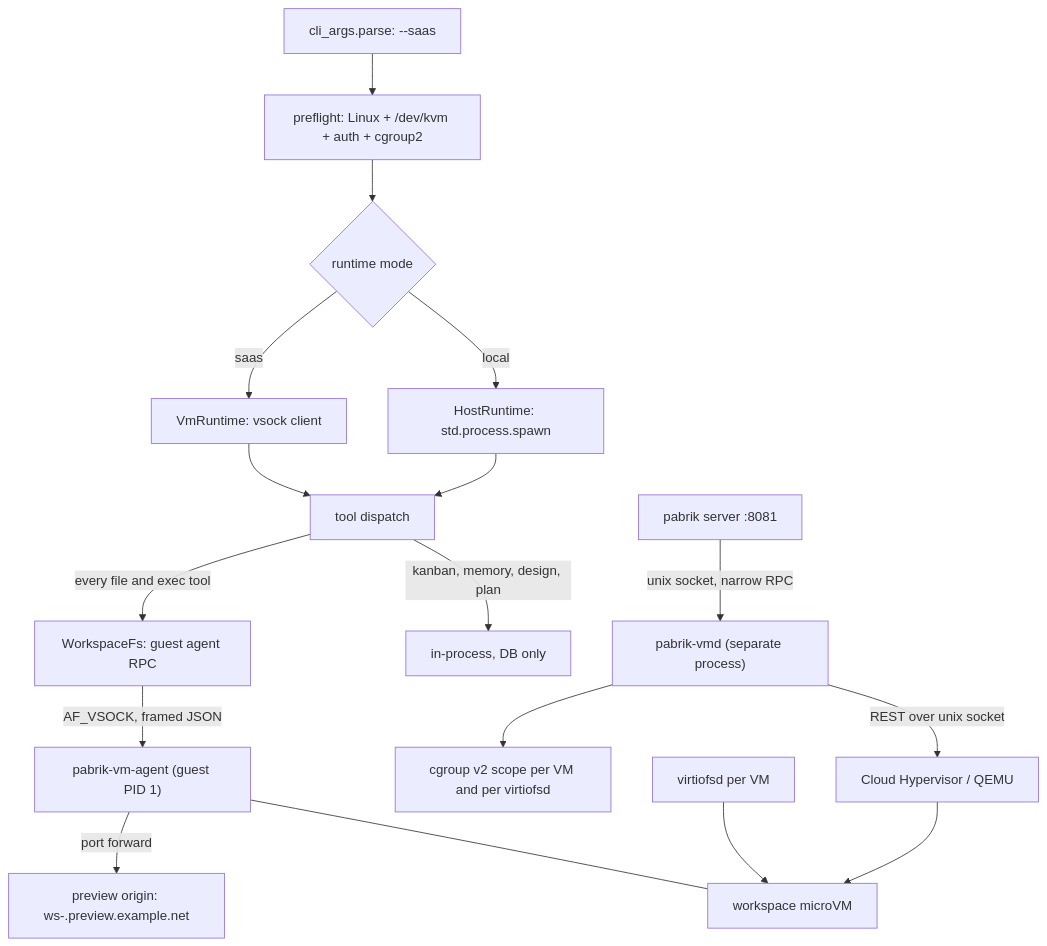
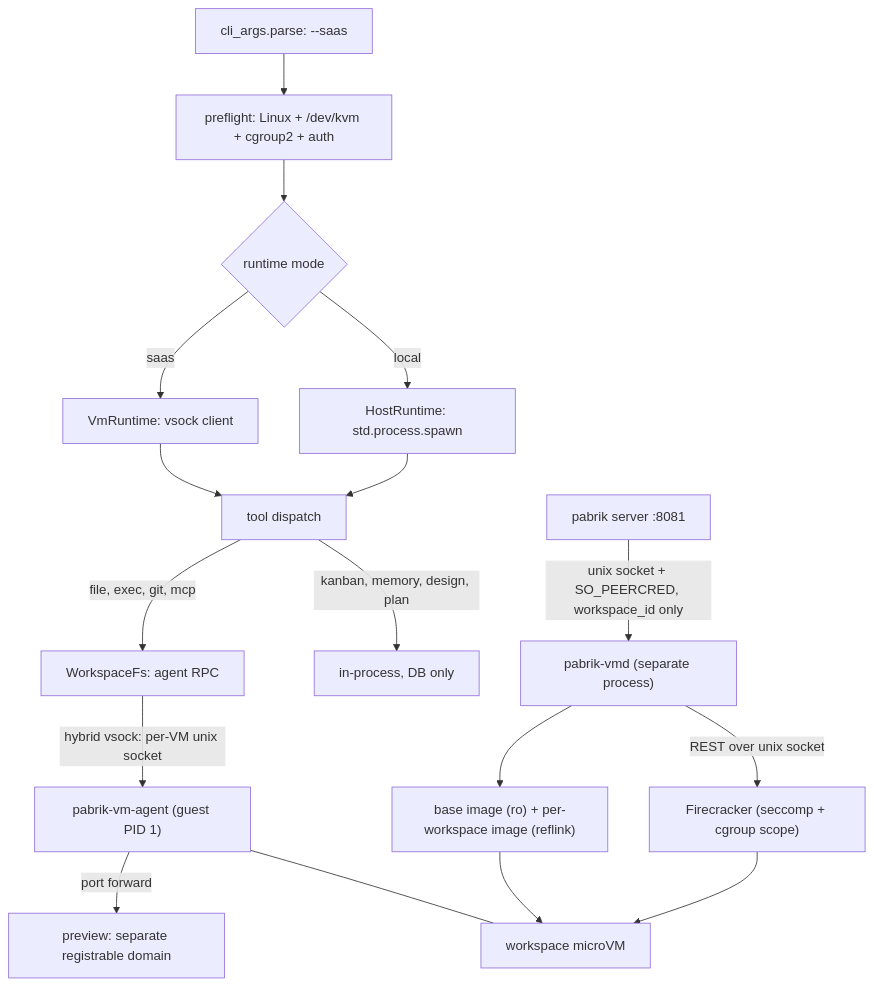
One commit to ginwa123/pabrik changed the diagram in docs/plans/2026-10-17-workspace-is-a-microvm.md. Above: the diagram before and after it, drawn with Mermaid. The commit also changed other lines of this file, not shown here.

````diff
--- a/docs/plans/2026-10-17-workspace-is-a-microvm.md
+++ b/docs/plans/2026-10-17-workspace-is-a-microvm.md
@@ -280,19 +272,19 @@
 ```mermaid
 flowchart TB
-  ARGS["cli_args.parse: --saas"] --> BOOT["preflight: Linux + /dev/kvm + auth + cgroup2"]
+  ARGS["cli_args.parse: --saas"] --> BOOT["preflight: Linux + /dev/kvm + cgroup2 + auth"]
   BOOT --> MODE{"runtime mode"}
   MODE -->|"local"| HOSTRT["HostRuntime: std.process.spawn"]
   MODE -->|"saas"| VMRT["VmRuntime: vsock client"]
   HOSTRT --> DISPATCH["tool dispatch"]
   VMRT --> DISPATCH
   DISPATCH -->|"kanban, memory, design, plan"| INPROC["in-process, DB only"]
-  DISPATCH -->|"every file and exec tool"| WSFS["WorkspaceFs: guest agent RPC"]
-  WSFS -->|"AF_VSOCK, framed JSON"| AGENT["pabrik-vm-agent (guest PID 1)"]
-  SRV["pabrik server :8081"] -->|"unix socket, narrow RPC"| VMD["pabrik-vmd (separate process)"]
-  VMD -->|"REST over unix socket"| VMM["Cloud Hypervisor / QEMU"]
-  VMM --> VM["workspace microVM"]
+  DISPATCH -->|"file, exec, git, mcp"| WSFS["WorkspaceFs: agent RPC"]
+  WSFS -->|"hybrid vsock: per-VM unix socket"| AGENT["pabrik-vm-agent (guest PID 1)"]
+  SRV["pabrik server :8081"] -->|"unix socket + SO_PEERCRED, workspace_id only"| VMD["pabrik-vmd (separate process)"]
+  VMD -->|"REST over unix socket"| FC["Firecracker (seccomp + cgroup scope)"]
+  FC --> VM["workspace microVM"]
   AGENT --- VM
-  VMDS["virtiofsd per VM"] --> VM
-  VMD --> CGRP["cgroup v2 scope per VM and per virtiofsd"]
-  AGENT -->|"port forward"| PREVIEW["preview origin: ws-<id>.preview.example.net"]
+  VMD --> IMG["base image (ro) + per-workspace image (reflink)"]
+  IMG --> VM
+  AGENT -->|"port forward"| PREVIEW["preview: separate registrable domain"]
 ```
````
